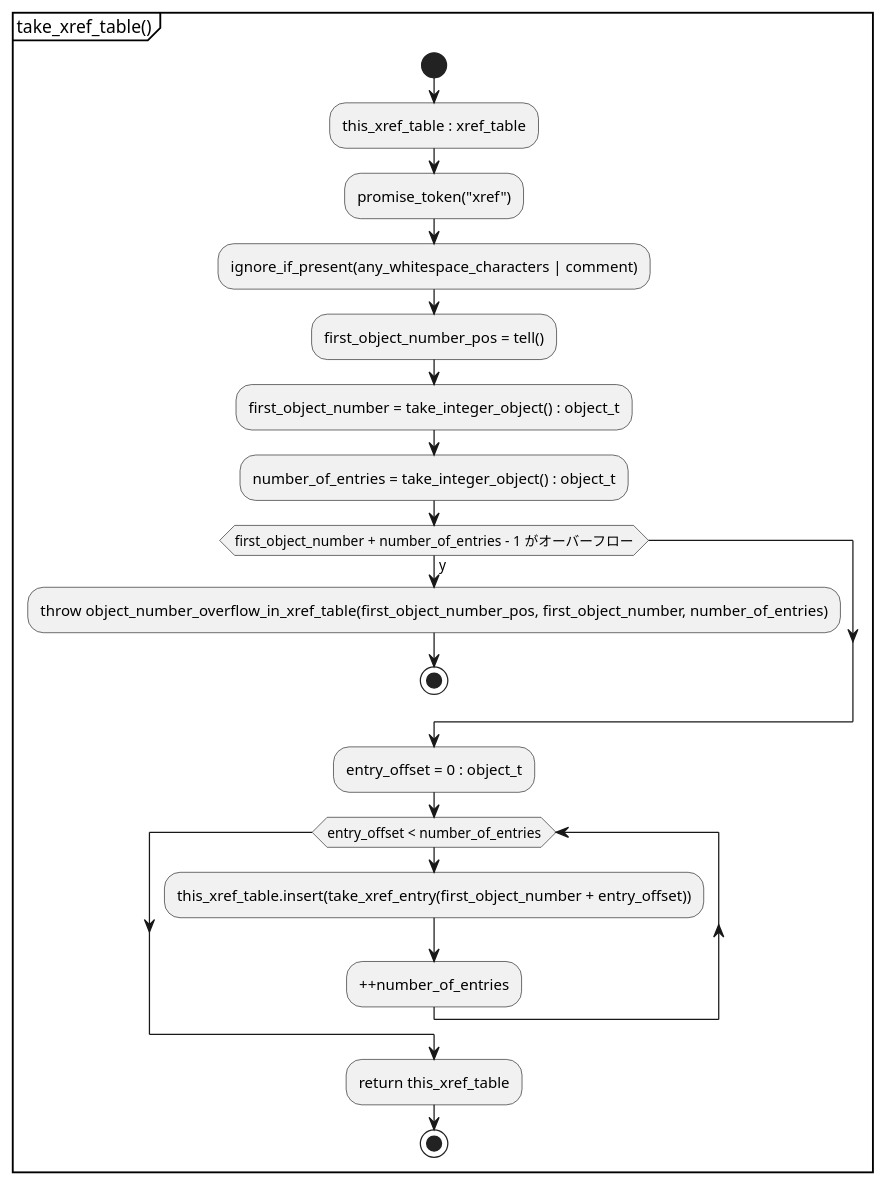
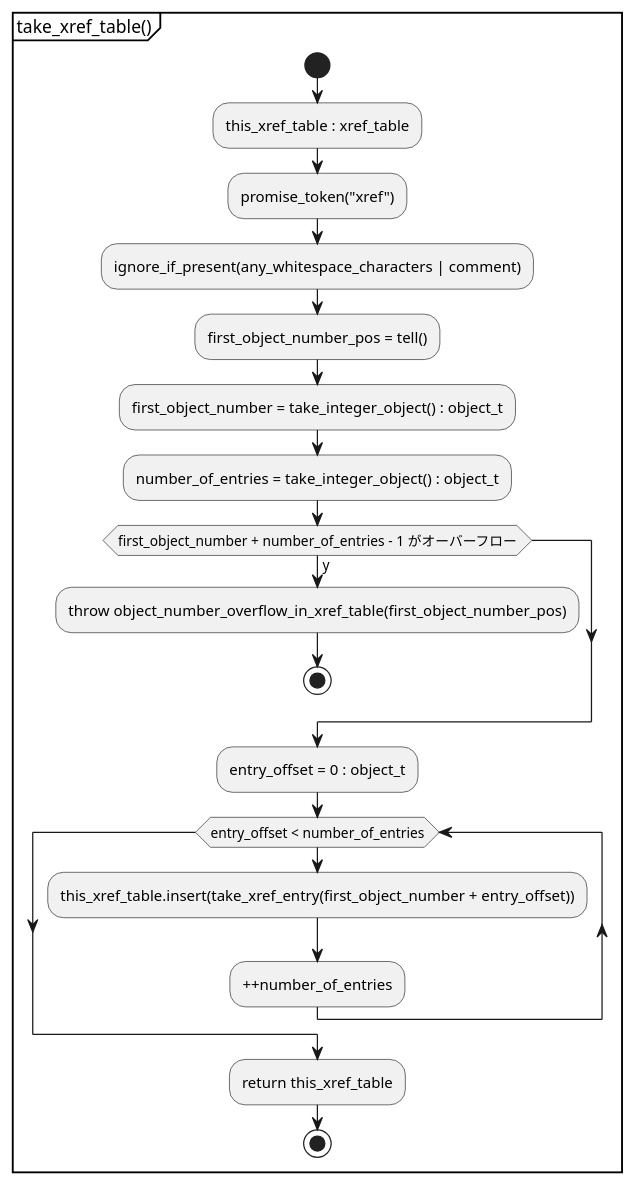
Before and after one commit to KodaiYM/PDFReader: the third of 5 diagrams in document/document_reader/ipdfstream/ipdfstream.activity.pu, drawn with PlantUML. The commit also changed 74 other files, not shown here.

```diff
--- a/document/document_reader/ipdfstream/ipdfstream.activity.pu
+++ b/document/document_reader/ipdfstream/ipdfstream.activity.pu
@@ -38,25 +38,25 @@
 @startuml take_xref_table
 partition "take_xref_table()" {
 start
 	:this_xref_table : xref_table;
 	:promise_token("xref");
 
 	:ignore_if_present(any_whitespace_characters | comment);
 	:first_object_number_pos = tell();
 	:first_object_number = take_integer_object() : object_t;
 	:number_of_entries = take_integer_object() : object_t;
 
 	if (first_object_number + number_of_entries - 1 がオーバーフロー) then (y)
-		:throw object_number_overflow_in_xref_table(first_object_number_pos, first_object_number, number_of_entries);
+		:throw object_number_overflow_in_xref_table(first_object_number_pos);
 		stop
 	endif
 
 	:entry_offset = 0 : object_t;
 	while (entry_offset < number_of_entries)
 		:this_xref_table.insert(take_xref_entry(first_object_number + entry_offset));
 		:++number_of_entries;
 	endwhile
 	:return this_xref_table;
 stop
 }
 @enduml
```
